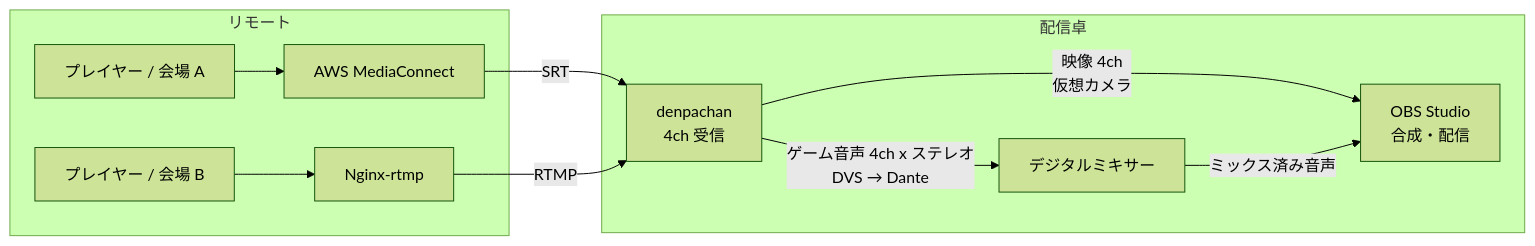
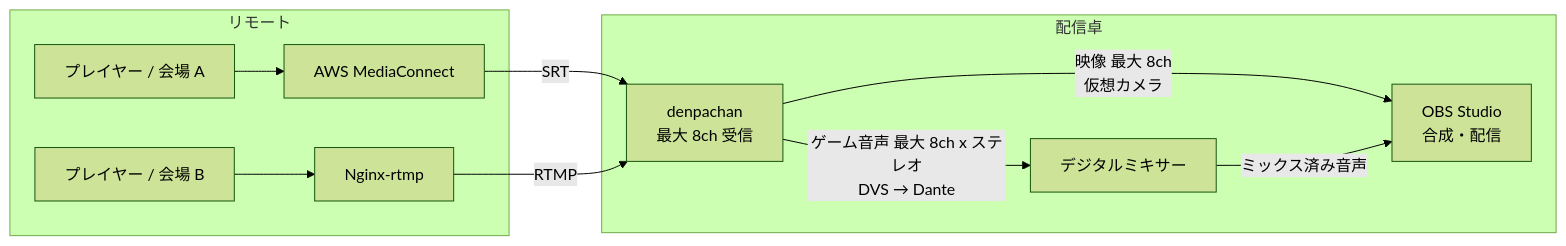
Before and after one commit to RTAinJapan/denpachan: the first of 5 diagrams in docs/design.md, drawn with Mermaid (forest theme). The commit also changed other lines of this file and 24 other files, not shown here.

````diff
--- a/docs/design.md
+++ b/docs/design.md
@@ -11,15 +11,15 @@
 ```mermaid
 flowchart LR
     subgraph Remote[リモート]
         P1[プレイヤー / 会場 A] --> MC[AWS MediaConnect]
         P2[プレイヤー / 会場 B] --> NG[Nginx-rtmp]
     end
     MC -- SRT --> DP
     NG -- RTMP --> DP
     subgraph Local[配信卓]
-        DP[denpachan<br/>4ch 受信]
-        DP -- 映像 4ch<br/>仮想カメラ --> OBS[OBS Studio<br/>合成・配信]
-        DP -- ゲーム音声 4ch x ステレオ<br/>DVS → Dante --> MX[デジタルミキサー]
+        DP[denpachan<br/>最大 8ch 受信]
+        DP -- 映像 最大 8ch<br/>仮想カメラ --> OBS[OBS Studio<br/>合成・配信]
+        DP -- ゲーム音声 最大 8ch x ステレオ<br/>DVS → Dante --> MX[デジタルミキサー]
         MX -- ミックス済み音声 --> OBS
     end
 ```
````
